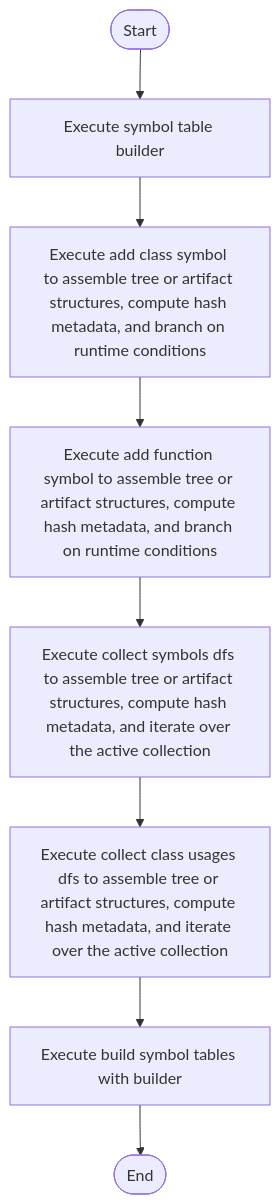
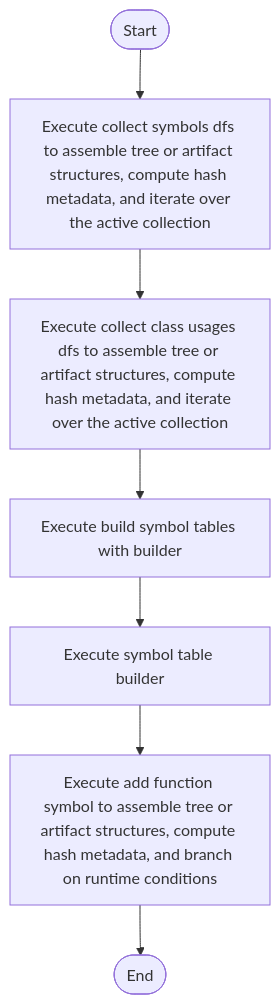
The diagram in docs/Codebase/Microservice/Modules/Source/SyntacticBrokenAST/ParseTree/symbols_builder.cpp.md (JohnAndrewBalbarosa/NeoTerritory), drawn with Mermaid before and after one commit. The commit also changed 148 other files, not shown here.

````diff
--- a/docs/Codebase/Microservice/Modules/Source/SyntacticBrokenAST/ParseTree/symbols_builder.cpp.md
+++ b/docs/Codebase/Microservice/Modules/Source/SyntacticBrokenAST/ParseTree/symbols_builder.cpp.md
@@ -32,18 +32,16 @@
 ```mermaid
 flowchart TD
     Start([Start])
-    N0[Execute symbol table builder]
-    N1[Execute add class symbol to assemble tree or artifact structures, compute hash metadata, and branch on runtime conditions]
-    N2[Execute add function symbol to assemble tree or artifact structures, compute hash metadata, and branch on runtime conditions]
-    N3[Execute collect symbols dfs to assemble tree or artifact structures, compute hash metadata, and iterate over the active collection]
-    N4[Execute collect class usages dfs to assemble tree or artifact structures, compute hash metadata, and iterate over the active collection]
-    N5[Execute build symbol tables with builder]
+    N0[Execute collect symbols dfs to assemble tree or artifact structures, compute hash metadata, and iterate over the active collection]
+    N1[Execute collect class usages dfs to assemble tree or artifact structures, compute hash metadata, and iterate over the active collection]
+    N2[Execute build symbol tables with builder]
+    N3[Execute symbol table builder]
+    N4[Execute add function symbol to assemble tree or artifact structures, compute hash metadata, and branch on runtime conditions]
     End([End])
     Start --> N0
     N0 --> N1
     N1 --> N2
     N2 --> N3
     N3 --> N4
-    N4 --> N5
-    N5 --> End
+    N4 --> End
 ```
````
